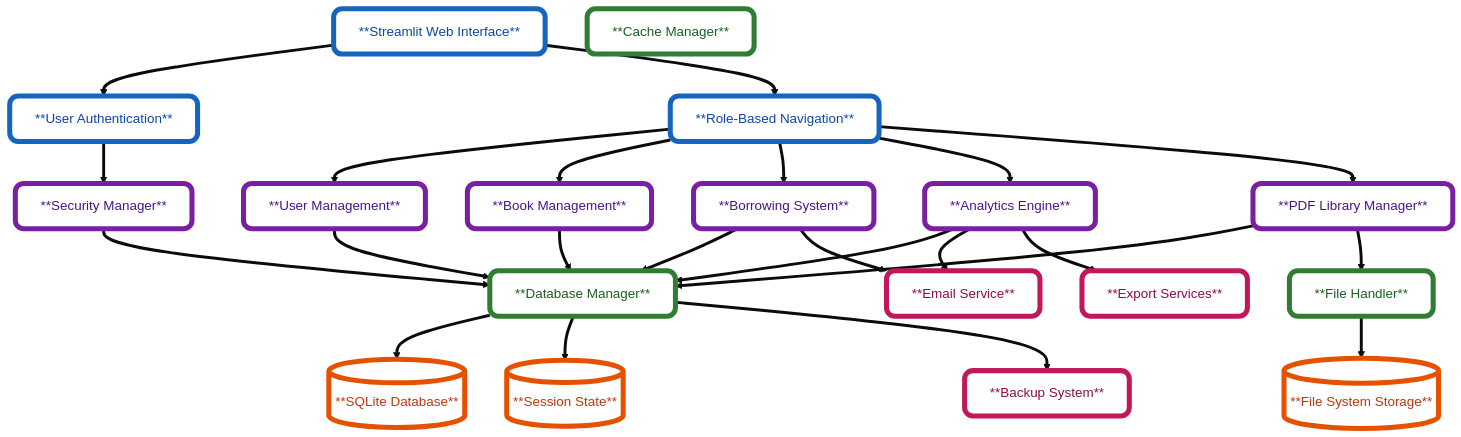
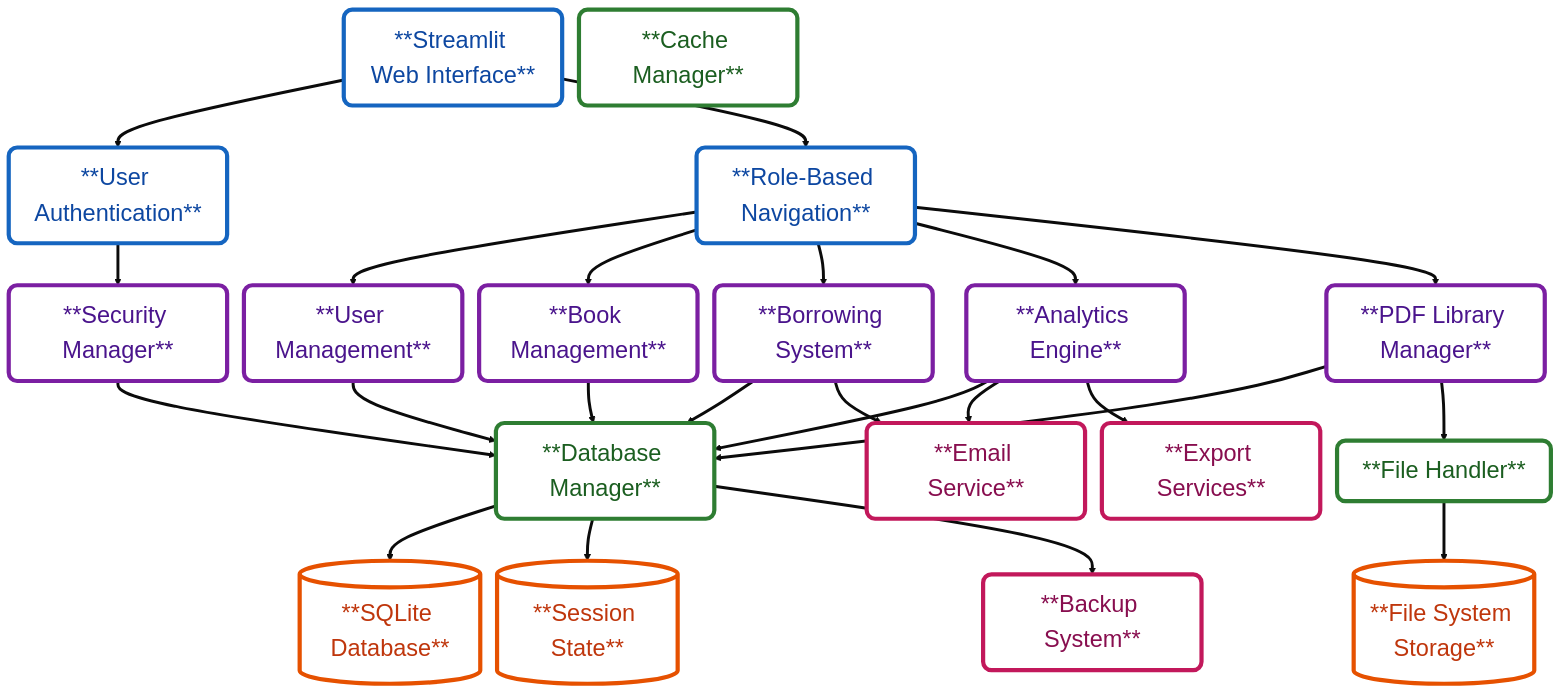
One commit to la-b-ib/LitGrid changed the first of 2 diagrams in README.md. Above: the diagram before and after it, drawn with Mermaid. The commit also changed other lines of this file, not shown here.

First line of the commit message:
Enhance mermaid diagrams in README

````diff
--- a/README.md
+++ b/README.md
@@ -48,72 +48,72 @@
 ```mermaid
-%%{init: {'theme': 'base', 'themeVariables': { 'primaryColor': '#fff', 'edgeLabelBackground':'#fff', 'tertiaryColor': '#f4f4f4'}, 'flowchart': {'curve': 'basis', 'nodeSpacing': 50, 'rankSpacing': 50}} }%%
+%%{init: {'theme': 'base', 'themeVariables': { 'primaryColor': '#fff', 'edgeLabelBackground':'#fff', 'tertiaryColor': '#f4f4f4', 'fontSize':'28px'}, 'flowchart': {'curve': 'basis', 'nodeSpacing': 20, 'rankSpacing': 50}} }%%
 
 flowchart TD
     %% Global Styling
-    classDef presentation stroke:#1565c0,stroke-width:6px,color:#0d47a1,rx:10,ry:10;
-    classDef business stroke:#7b1fa2,stroke-width:6px,color:#4a148c,rx:10,ry:10;
-    classDef data stroke:#2e7d32,stroke-width:6px,color:#1b5e20,rx:10,ry:10;
-    classDef storage stroke:#e65100,stroke-width:6px,color:#bf360c,rx:5,ry:5;
-    classDef external stroke:#c2185b,stroke-width:6px,color:#880e4f,rx:10,ry:10;
+    classDef presentation stroke:#1565c0,stroke-width:5px,color:#0d47a1,rx:10,ry:10;
+    classDef business stroke:#7b1fa2,stroke-width:5px,color:#4a148c,rx:10,ry:10;
+    classDef data stroke:#2e7d32,stroke-width:5px,color:#1b5e20,rx:10,ry:10;
+    classDef storage stroke:#e65100,stroke-width:5px,color:#bf360c,rx:5,ry:5;
+    classDef external stroke:#c2185b,stroke-width:5px,color:#880e4f,rx:10,ry:10;
 
     %% Nodes (no subgraph boxes)
     A[**Streamlit Web Interface**]
     B[**User Authentication**]
     C[**Role-Based Navigation**]
 
     D[**User Management**]
     E[**Book Management**]
     F[**Borrowing System**]
     G[**Analytics Engine**]
     H[**Security Manager**]
     I[**PDF Library Manager**]
 
     J[**Database Manager**]
     K[**File Handler**]
     L[**Cache Manager**]
 
     M[(**SQLite Database**)]
     N[(**File System Storage**)]
     O[(**Session State**)]
 
     P[**Email Service**]
     Q[**Backup System**]
     R[**Export Services**]
 
     %% Connections (all solid and bold)
     A ==> B
     A ==> C
     
     B ==> H
     
     C ==> D
     C ==> E
     C ==> F
     C ==> G
     C ==> I
 
     D ==> J
     E ==> J
     F ==> J
     G ==> J
     H ==> J
     I ==> J
     I ==> K
     
     J ==> M
     J ==> O
     K ==> N
     
     G ==> P
     F ==> P
     J ==> Q
     G ==> R
 
     %% Assign Classes
     class A,B,C presentation
     class D,E,F,G,H,I business
     class J,K,L data
     class M,N,O storage
     class P,Q,R external
 
 ```
````
